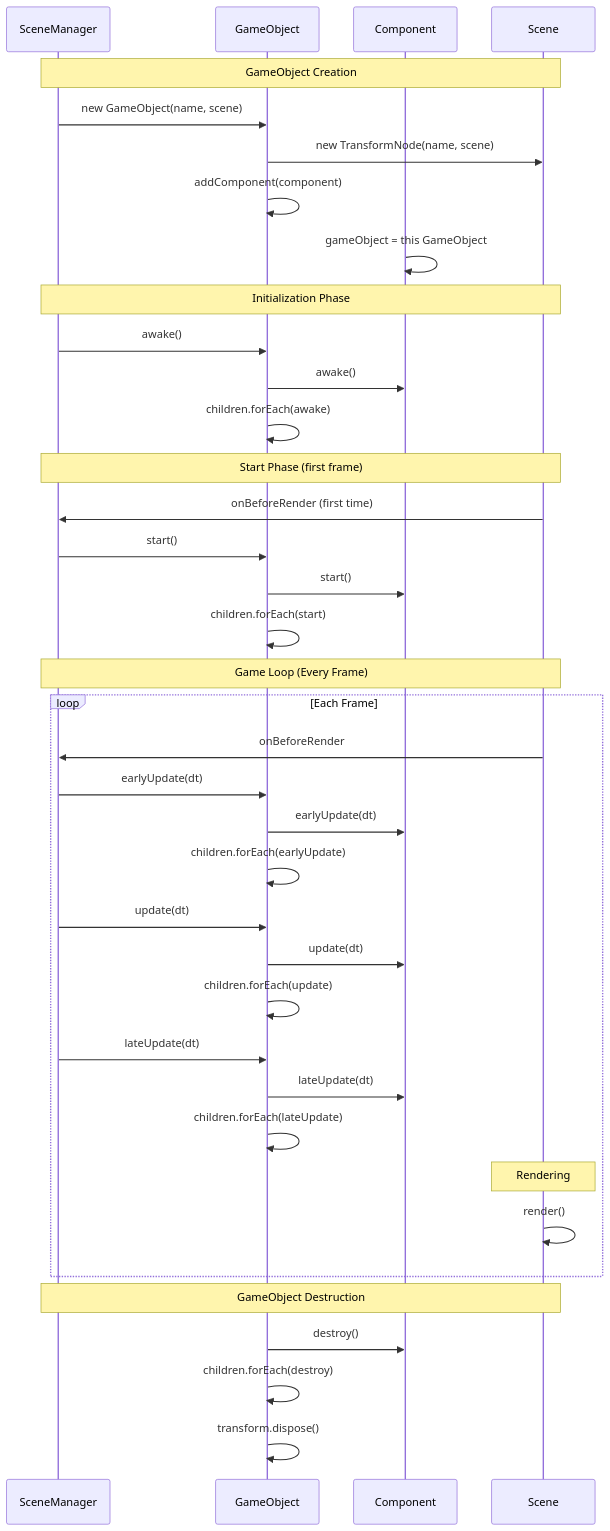
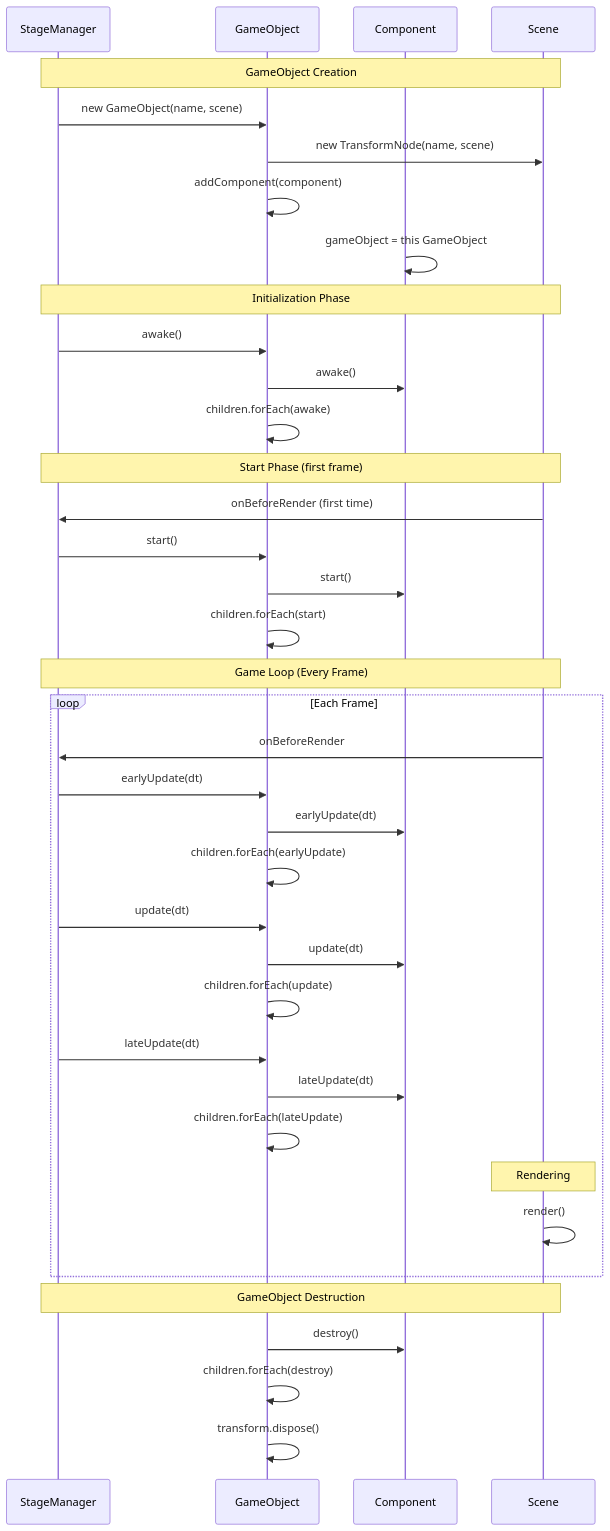
One commit to Corysia/kitchen-chaos changed the third of 4 diagrams in DOCUMENTATION.md. Above: the diagram before and after it, drawn with Mermaid. The commit also changed other lines of this file and 4 other files, not shown here.

Commit message:
Rename SceneManager to StageManager

````diff
--- a/DOCUMENTATION.md
+++ b/DOCUMENTATION.md
@@ -531,48 +531,48 @@
 ```mermaid
 sequenceDiagram
-    participant SceneManager
+    participant StageManager
     participant GameObject
     participant Component
     participant Scene
     
-    Note over SceneManager,Scene: GameObject Creation
-    SceneManager->>GameObject: new GameObject(name, scene)
+    Note over StageManager,Scene: GameObject Creation
+    StageManager->>GameObject: new GameObject(name, scene)
     GameObject->>Scene: new TransformNode(name, scene)
     GameObject->>GameObject: addComponent(component)
     Component->>Component: gameObject = this GameObject
     
-    Note over SceneManager,Scene: Initialization Phase
-    SceneManager->>GameObject: awake()
+    Note over StageManager,Scene: Initialization Phase
+    StageManager->>GameObject: awake()
     GameObject->>Component: awake()
     GameObject->>GameObject: children.forEach(awake)
     
-    Note over SceneManager,Scene: Start Phase (first frame)
-    Scene->>SceneManager: onBeforeRender (first time)
-    SceneManager->>GameObject: start()
+    Note over StageManager,Scene: Start Phase (first frame)
+    Scene->>StageManager: onBeforeRender (first time)
+    StageManager->>GameObject: start()
     GameObject->>Component: start()
     GameObject->>GameObject: children.forEach(start)
     
-    Note over SceneManager,Scene: Game Loop (Every Frame)
+    Note over StageManager,Scene: Game Loop (Every Frame)
     loop Each Frame
-        Scene->>SceneManager: onBeforeRender
-        SceneManager->>GameObject: earlyUpdate(dt)
+        Scene->>StageManager: onBeforeRender
+        StageManager->>GameObject: earlyUpdate(dt)
         GameObject->>Component: earlyUpdate(dt)
         GameObject->>GameObject: children.forEach(earlyUpdate)
         
-        SceneManager->>GameObject: update(dt)
+        StageManager->>GameObject: update(dt)
         GameObject->>Component: update(dt)
         GameObject->>GameObject: children.forEach(update)
         
-        SceneManager->>GameObject: lateUpdate(dt)
+        StageManager->>GameObject: lateUpdate(dt)
         GameObject->>Component: lateUpdate(dt)
         GameObject->>GameObject: children.forEach(lateUpdate)
         
         Note over Scene: Rendering
         Scene->>Scene: render()
     end
     
-    Note over SceneManager,Scene: GameObject Destruction
+    Note over StageManager,Scene: GameObject Destruction
     GameObject->>Component: destroy()
     GameObject->>GameObject: children.forEach(destroy)
     GameObject->>GameObject: transform.dispose()
 ```
````
